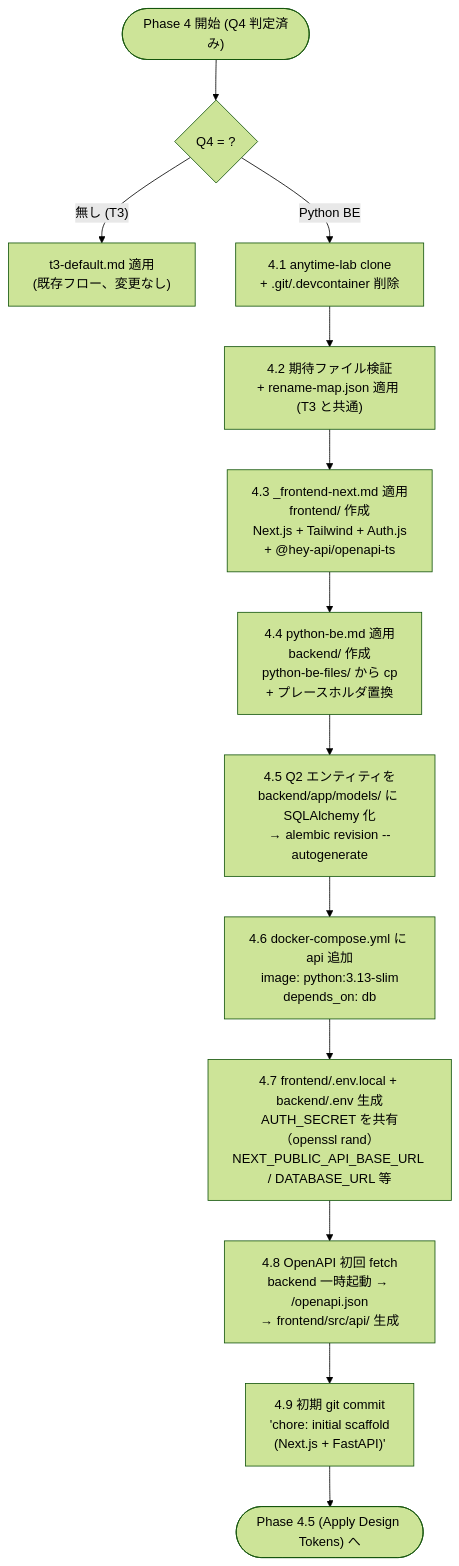
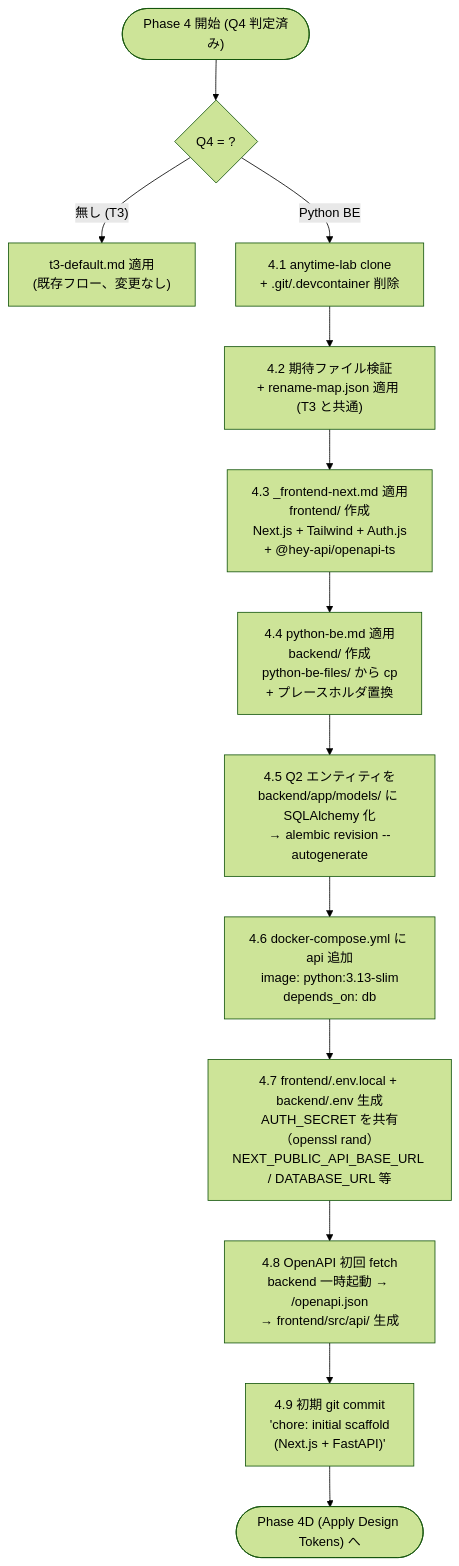
Before and after one commit to anytime-trial/anytime-markdown: the first of 2 diagrams in .claude/skills/anytime-build-webapp/DESIGN.python-be.ja.md, drawn with Mermaid (forest theme). The commit also changed 14 other files, not shown here.

````diff
--- a/.claude/skills/anytime-build-webapp/DESIGN.python-be.ja.md
+++ b/.claude/skills/anytime-build-webapp/DESIGN.python-be.ja.md
@@ -159,16 +159,16 @@
 ```mermaid
 flowchart TD
     Start(["Phase 4 開始 (Q4 判定済み)"]) --> Q4{"Q4 = ?"}
     Q4 -- "無し (T3)" --> T3["t3-default.md 適用<br/>(既存フロー、変更なし)"]
     Q4 -- "Python BE" --> P0
     P0["4.1 anytime-lab clone<br/>+ .git/.devcontainer 削除"] --> P1
     P1["4.2 期待ファイル検証<br/>+ rename-map.json 適用 (T3 と共通)"] --> P2
     P2["4.3 _frontend-next.md 適用<br/>frontend/ 作成<br/>Next.js + Tailwind + Auth.js<br/>+ @hey-api/openapi-ts"] --> P3
     P3["4.4 python-be.md 適用<br/>backend/ 作成<br/>python-be-files/ から cp<br/>+ プレースホルダ置換"] --> P4
     P4["4.5 Q2 エンティティを<br/>backend/app/models/ に SQLAlchemy 化<br/>→ alembic revision --autogenerate"] --> P5
     P5["4.6 docker-compose.yml に api 追加<br/>image: python:3.13-slim<br/>depends_on: db"] --> P6
     P6["4.7 frontend/.env.local + backend/.env 生成<br/>AUTH_SECRET を共有（openssl rand）<br/>NEXT_PUBLIC_API_BASE_URL / DATABASE_URL 等"] --> P7
     P7["4.8 OpenAPI 初回 fetch<br/>backend 一時起動 → /openapi.json<br/>→ frontend/src/api/ 生成"] --> P8
     P8["4.9 初期 git commit<br/>'chore: initial scaffold<br/>(Next.js + FastAPI)'"] --> End
-    End(["Phase 4.5 (Apply Design Tokens) へ"])
+    End(["Phase 4D (Apply Design Tokens) へ"])
 ```
````
